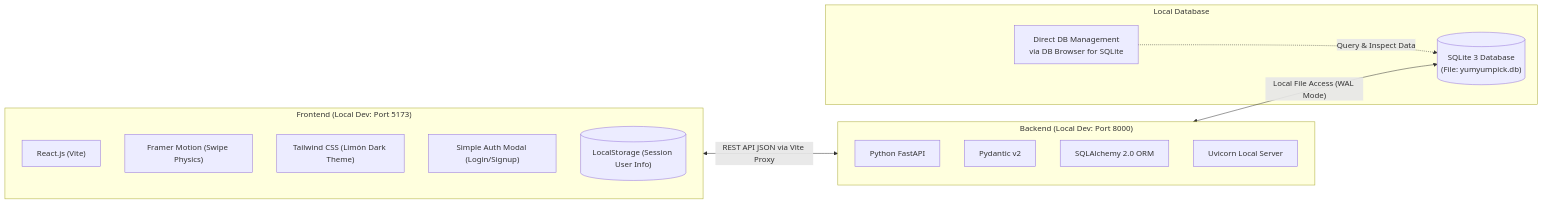
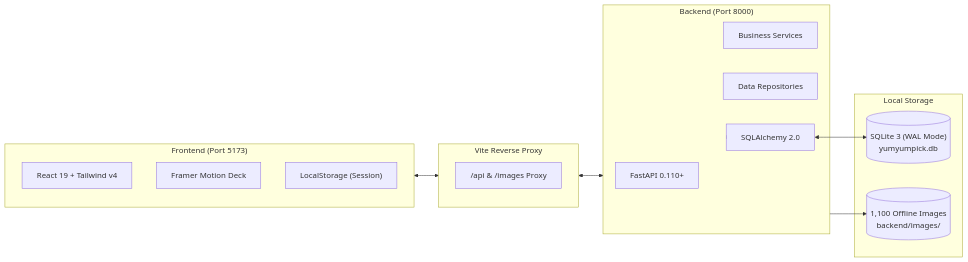
One commit to snowwminhduc1212/YumYumPick changed the diagram in README.md. Above: the diagram before and after it, drawn with Mermaid. The commit also changed other lines of this file and 7 other files, not shown here.

````diff
--- a/README.md
+++ b/README.md
@@ -53,26 +69,30 @@
 ```mermaid
-flowchart LR
-    subgraph Client["Frontend (Local Dev: Port 5173)"]
-        React["React.js (Vite)"]
-        Framer["Framer Motion (Swipe Physics)"]
-        Tailwind["Tailwind CSS (Limón Dark Theme)"]
-        AuthUI["Simple Auth Modal (Login/Signup)"]
-        LS[("LocalStorage (Session User Info)")]
+graph LR
+    subgraph CLIENT["Frontend (Port 5173)"]
+        UI["React 19 + Tailwind v4"]
+        Motion["Framer Motion Deck"]
+        State["LocalStorage (Session)"]
     end
 
-    subgraph Server["Backend (Local Dev: Port 8000)"]
-        FastAPI["Python FastAPI"]
-        Pydantic["Pydantic v2"]
-        SQLAlchemy["SQLAlchemy 2.0 ORM"]
-        Uvicorn["Uvicorn Local Server"]
+    subgraph PROXY["Vite Reverse Proxy"]
+        VP["/api & /images Proxy"]
     end
 
-    subgraph Database["Local Database"]
-        SQLite[("SQLite 3 Database\n(File: yumyumpick.db)")]
-        DBBrowser["Direct DB Management\nvia DB Browser for SQLite"]
+    subgraph SERVER["Backend (Port 8000)"]
+        FastAPI["FastAPI 0.110+"]
+        Services["Business Services"]
+        Repos["Data Repositories"]
+        ORM["SQLAlchemy 2.0"]
     end
 
-    Client <-->|"REST API JSON via Vite Proxy"| Server
-    Server <-->|"Local File Access (WAL Mode)"| SQLite
-    DBBrowser -.->|"Query & Inspect Data"| SQLite
+    subgraph STORAGE["Local Storage"]
+        DB[("SQLite 3 (WAL Mode)\nyumyumpick.db")]
+        IMG[("1,100 Offline Images\nbackend/images/")]
+    end
+
+    CLIENT <--> PROXY
+    PROXY <--> SERVER
+    SERVER <--> ORM
+    ORM <--> DB
+    SERVER --> IMG
 ```
````
